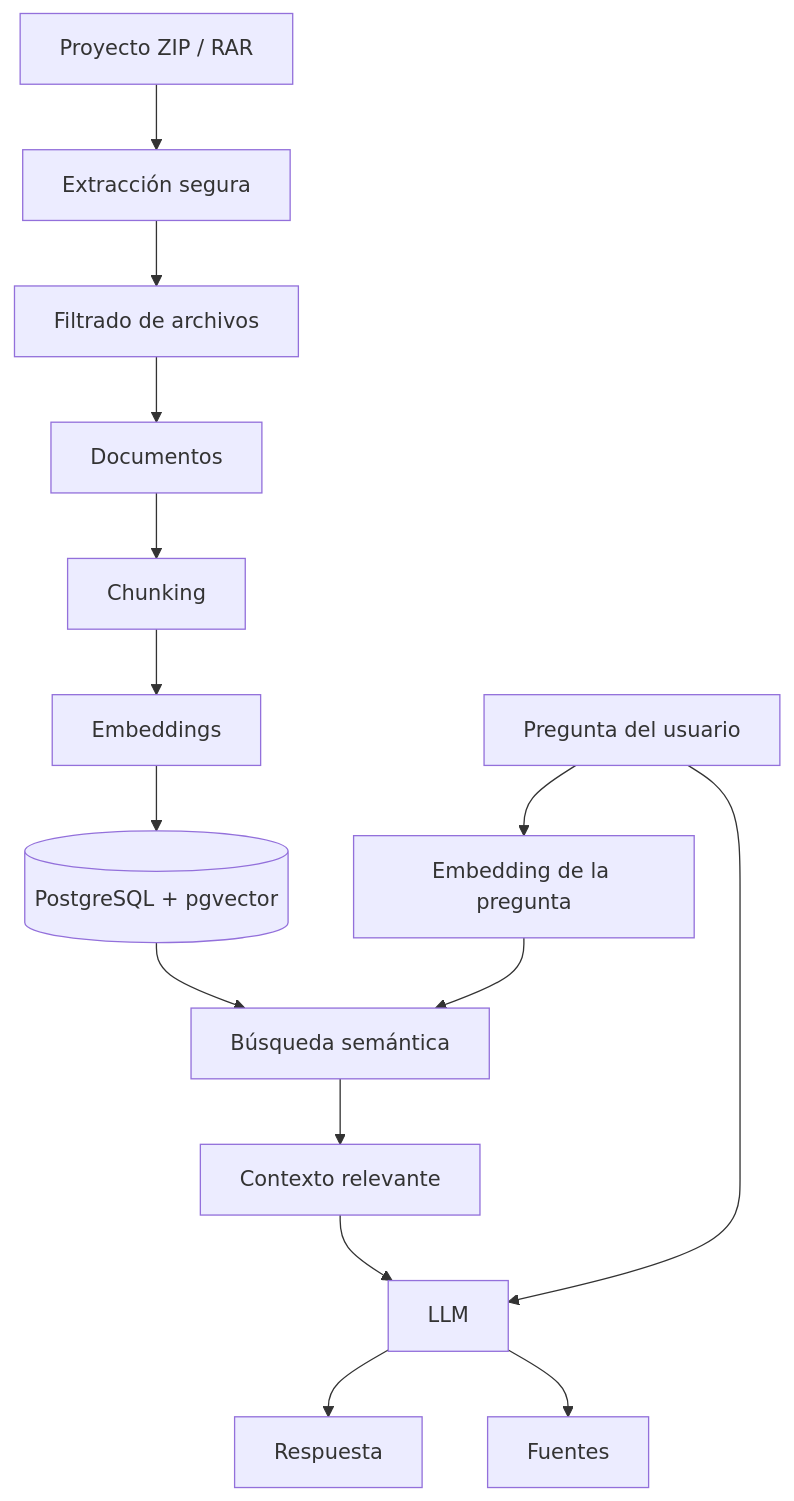
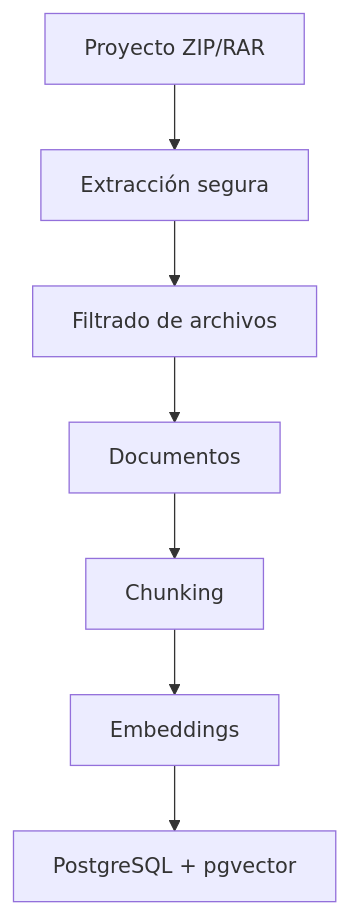
Before and after one commit to tamueka/devpilot-ai: the second of 3 diagrams in README.md, drawn with Mermaid. The commit also changed other lines of this file and 4 other files, not shown here.

````diff
--- a/README.md
+++ b/README.md
@@ -171,33 +150,10 @@
 ```mermaid
 flowchart TD
-    A[Proyecto ZIP / RAR]
-    B[Extracción segura]
-    C[Filtrado de archivos]
-    D[Documentos]
-    E[Chunking]
-    F[Embeddings]
-    G[(PostgreSQL + pgvector)]
-    H[Pregunta del usuario]
-    I[Embedding de la pregunta]
-    J[Búsqueda semántica]
-    K[Contexto relevante]
-    L[LLM]
-    M[Respuesta]
-    N[Fuentes]
-
-    A --> B
-    B --> C
-    C --> D
-    D --> E
-    E --> F
-    F --> G
-
-    H --> I
-    I --> J
-    G --> J
-    J --> K
-    K --> L
-    H --> L
-    L --> M
-    L --> N
+    A[Proyecto ZIP/RAR]
+    --> B[Extracción segura]
+    --> C[Filtrado de archivos]
+    --> D[Documentos]
+    --> E[Chunking]
+    --> F[Embeddings]
+    --> G[PostgreSQL + pgvector]
 ```
````
